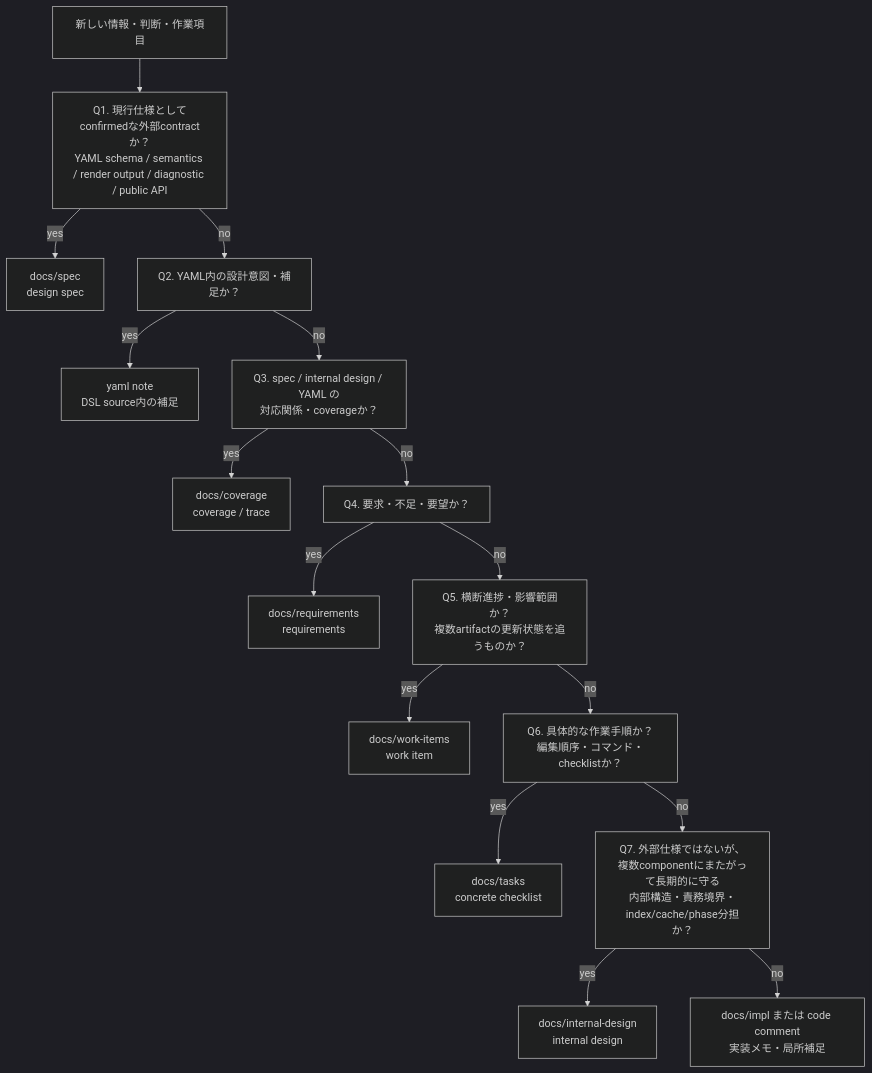
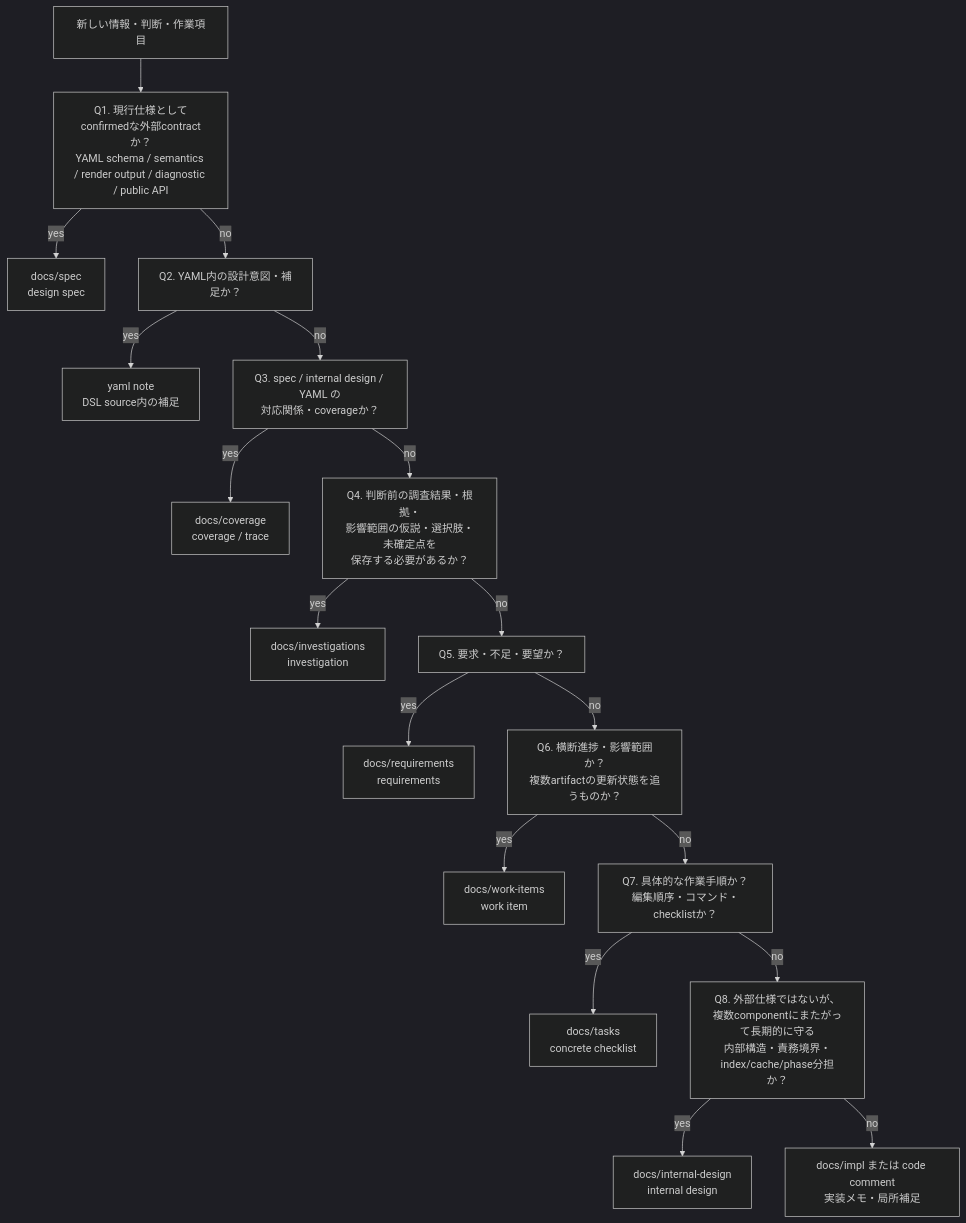
The third of 3 diagrams in docs/adr/083-project-artifact-boundary-and-yaml-as-implementation-source.md (hiroshiasayadev-prog/brewprint), drawn with Mermaid (dark theme) before and after one commit. The commit also changed other lines of this file, not shown here.

Commit message:
docs(adr): modified ADR-083

````diff
--- a/docs/adr/083-project-artifact-boundary-and-yaml-as-implementation-source.md
+++ b/docs/adr/083-project-artifact-boundary-and-yaml-as-implementation-source.md
@@ -403,35 +403,39 @@
 ```mermaid
 flowchart TD
   START["新しい情報・判断・作業項目"]
   Q1["Q1. 現行仕様としてconfirmedな外部contractか？<br/>YAML schema / semantics / render output / diagnostic / public API"]
   SPEC["docs/spec<br/>design spec"]
   Q2["Q2. YAML内の設計意図・補足か？"]
   NOTE["yaml note<br/>DSL source内の補足"]
   Q3["Q3. spec / internal design / YAML の<br/>対応関係・coverageか？"]
   COV["docs/coverage<br/>coverage / trace"]
-  Q4["Q4. 要求・不足・要望か？"]
+  Q4["Q4. 判断前の調査結果・根拠・<br/>影響範囲の仮説・選択肢・未確定点を<br/>保存する必要があるか？"]
+  INV["docs/investigations<br/>investigation"]
+  Q5["Q5. 要求・不足・要望か？"]
   REQ["docs/requirements<br/>requirements"]
-  Q5["Q5. 横断進捗・影響範囲か？<br/>複数artifactの更新状態を追うものか？"]
+  Q6["Q6. 横断進捗・影響範囲か？<br/>複数artifactの更新状態を追うものか？"]
   WORK["docs/work-items<br/>work item"]
-  Q6["Q6. 具体的な作業手順か？<br/>編集順序・コマンド・checklistか？"]
+  Q7["Q7. 具体的な作業手順か？<br/>編集順序・コマンド・checklistか？"]
   TASK["docs/tasks<br/>concrete checklist"]
-  Q7["Q7. 外部仕様ではないが、<br/>複数componentにまたがって長期的に守る<br/>内部構造・責務境界・index/cache/phase分担か？"]
+  Q8["Q8. 外部仕様ではないが、<br/>複数componentにまたがって長期的に守る<br/>内部構造・責務境界・index/cache/phase分担か？"]
   INTERNAL["docs/internal-design<br/>internal design"]
   IMPL["docs/impl または code comment<br/>実装メモ・局所補足"]
 
   START --> Q1
   Q1 -->|yes| SPEC
   Q1 -->|no| Q2
   Q2 -->|yes| NOTE
   Q2 -->|no| Q3
   Q3 -->|yes| COV
   Q3 -->|no| Q4
-  Q4 -->|yes| REQ
+  Q4 -->|yes| INV
   Q4 -->|no| Q5
-  Q5 -->|yes| WORK
+  Q5 -->|yes| REQ
   Q5 -->|no| Q6
-  Q6 -->|yes| TASK
+  Q6 -->|yes| WORK
   Q6 -->|no| Q7
-  Q7 -->|yes| INTERNAL
-  Q7 -->|no| IMPL
+  Q7 -->|yes| TASK
+  Q7 -->|no| Q8
+  Q8 -->|yes| INTERNAL
+  Q8 -->|no| IMPL
 ```
````
